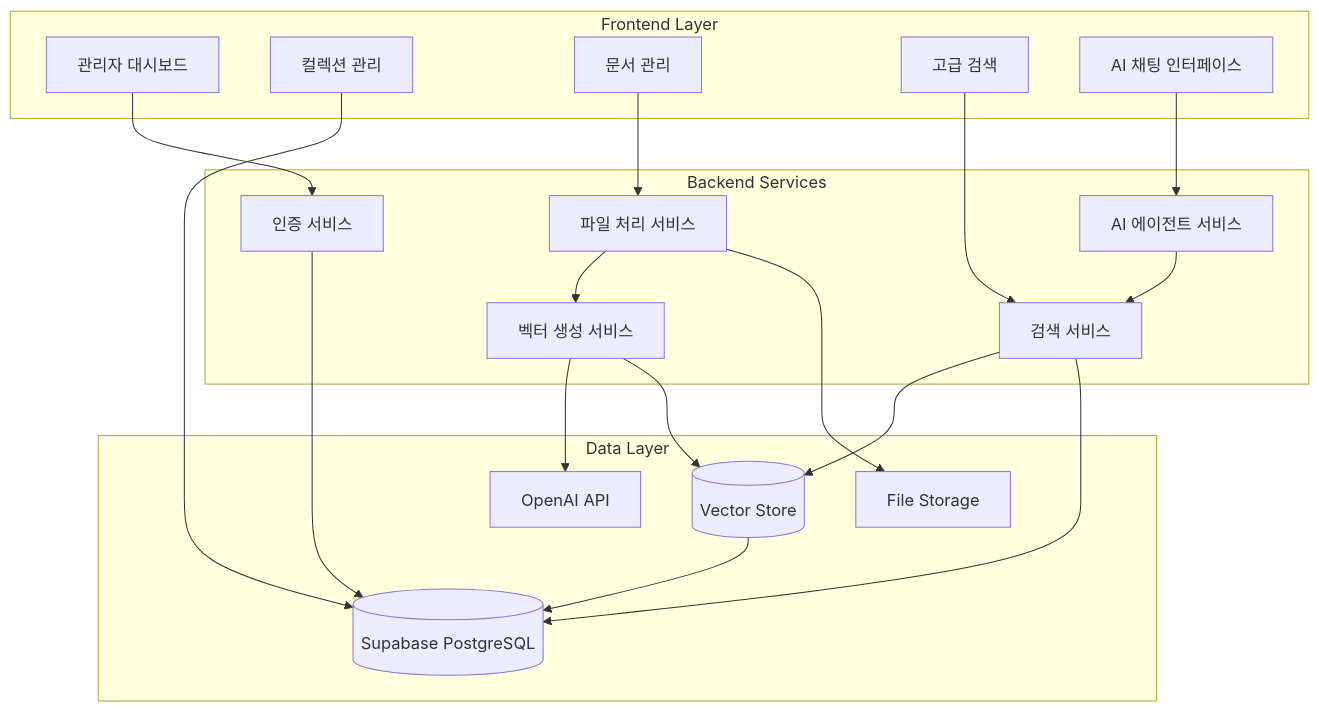
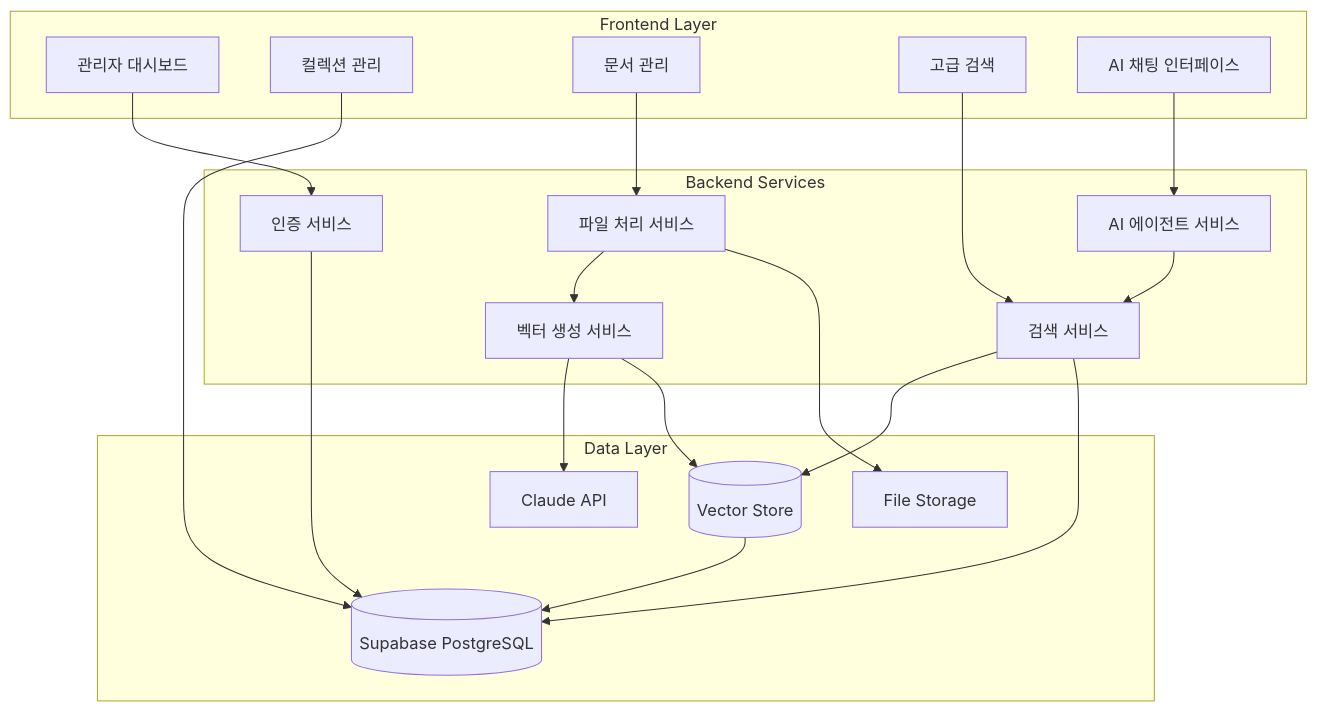
Before and after one commit to twoimo/rinkorea: the diagram in .kiro/specs/vector-database-management/design.md, drawn with Mermaid. The commit also changed other lines of this file and 12 other files, not shown here.

First line of the commit message:
feat: OpenAI 의존성 완전 제거 및 Claude 기반 벡터 시스템으로 전환

````diff
--- a/.kiro/specs/vector-database-management/design.md
+++ b/.kiro/specs/vector-database-management/design.md
@@ -11,41 +11,41 @@
 ```mermaid
 graph TB
     subgraph "Frontend Layer"
         A[관리자 대시보드]
         B[컬렉션 관리]
         C[문서 관리]
         D[고급 검색]
         E[AI 채팅 인터페이스]
     end
     
     subgraph "Backend Services"
         F[인증 서비스]
         G[파일 처리 서비스]
         H[벡터 생성 서비스]
         I[검색 서비스]
         J[AI 에이전트 서비스]
     end
     
     subgraph "Data Layer"
         K[(Supabase PostgreSQL)]
         L[(Vector Store)]
         M[File Storage]
-        N[OpenAI API]
+        N[Claude API]
     end
     
     A --> F
     B --> K
     C --> G
     G --> H
     H --> N
     H --> L
     D --> I
     I --> L
     I --> K
     E --> J
     J --> I
     
     F --> K
     G --> M
     L --> K
 ```
````
